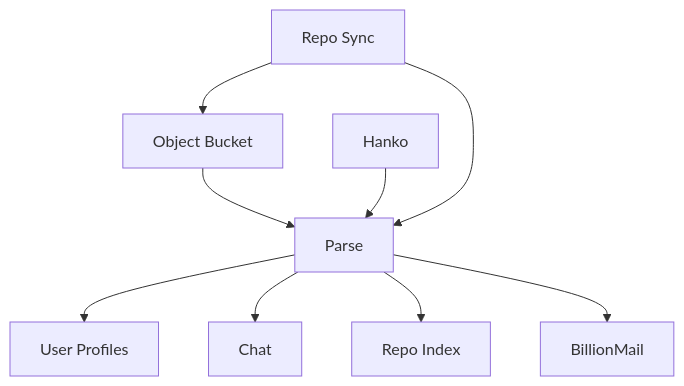
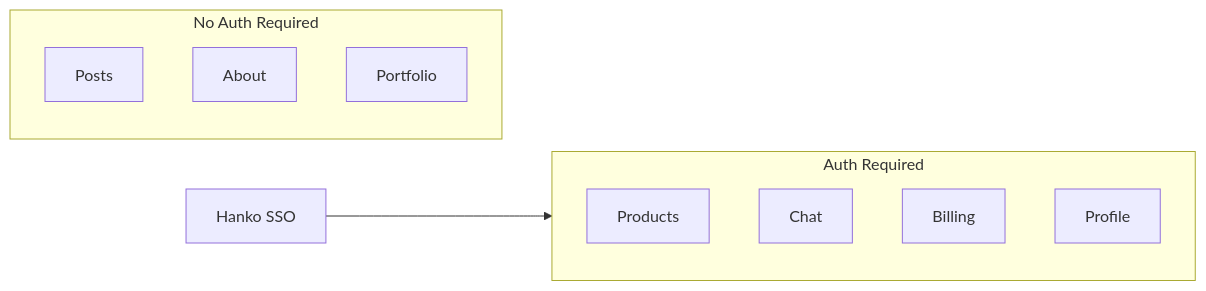
The ninth of 9 diagrams in expansion.md (dirm02/bloggista), drawn with Mermaid before and after one commit. The commit also changed other lines of this file, not shown here.

Commit message:
expand2billing

````diff
--- a/expansion.md
+++ b/expansion.md
@@ -358,11 +304,17 @@
 ```mermaid
-flowchart TD
-    Bucket[Object Bucket] --> Parse
-    Hanko[Hanko] --> Parse
-    Parse --> Profiles[User Profiles]
-    Parse --> Chat[Chat]
-    Parse --> RepoIndex[Repo Index]
-    mystars[Repo Sync] --> Bucket
-    mystars --> Parse
-    Parse --> BillionMail
+flowchart LR
+    subgraph PublicAccess [No Auth Required]
+        Posts[Posts]
+        About[About]
+        Portfolio[Portfolio]
+    end
+
+    subgraph ProtectedAccess [Auth Required]
+        Products[Products]
+        Chat[Chat]
+        Billing[Billing]
+        Profile[Profile]
+    end
+
+    Hanko[Hanko SSO] --> ProtectedAccess
 ```
````
